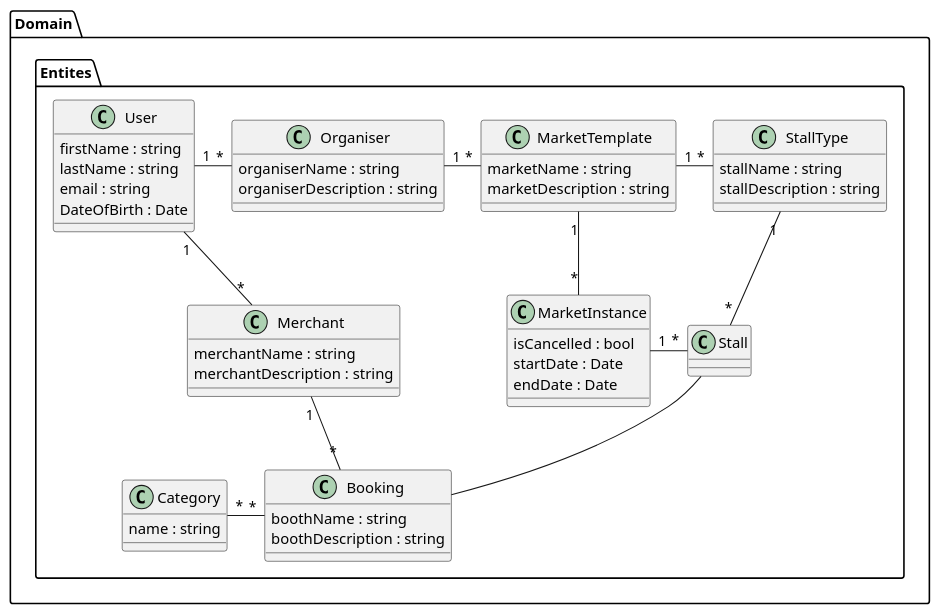
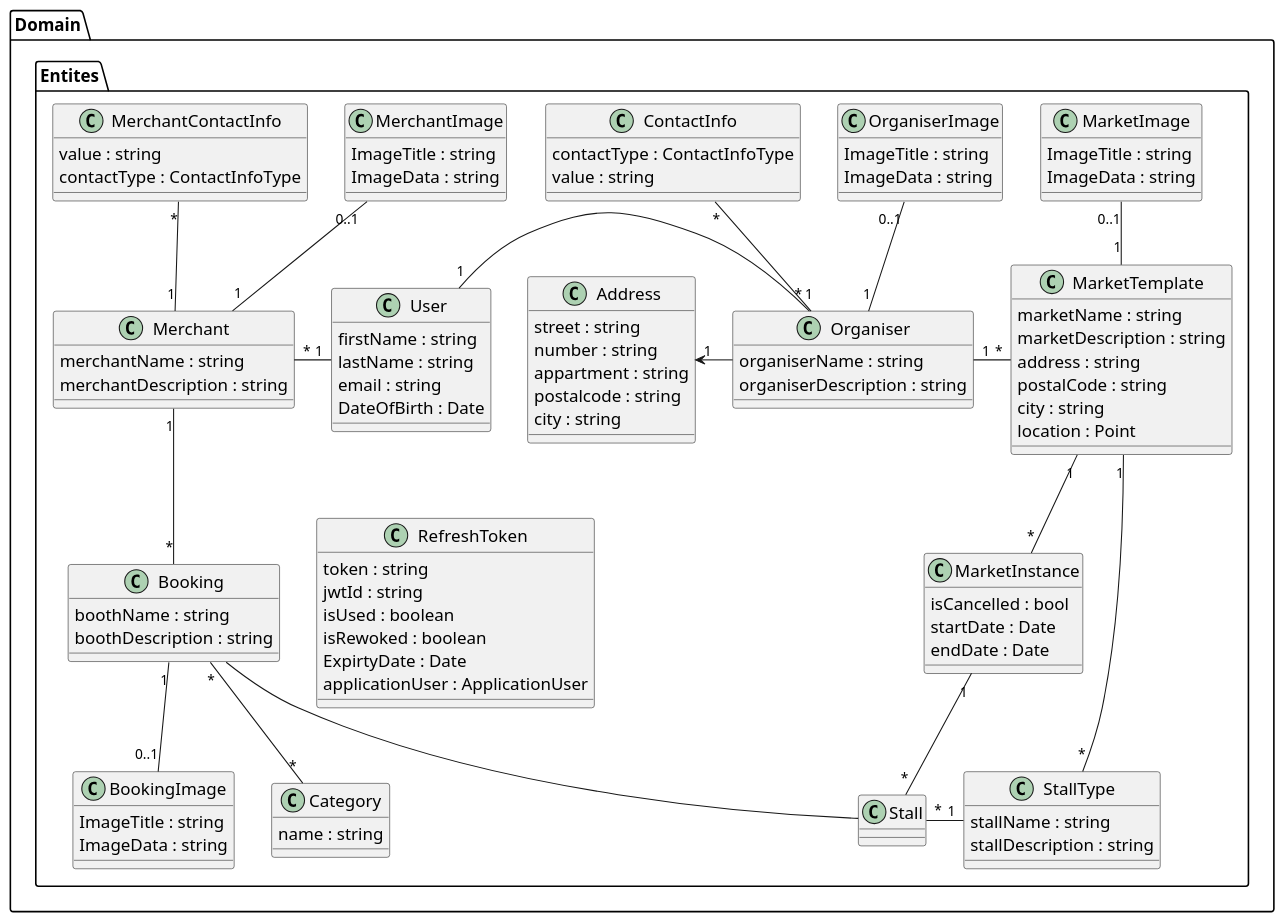
The diagram in docs/packageDiagrams/domain/entities.plantuml (JeppeTrip/LoppePortalen), drawn with PlantUML before and after one commit. The commit also changed 2 other files, not shown here.

```diff
--- a/docs/packageDiagrams/domain/entities.plantuml
+++ b/docs/packageDiagrams/domain/entities.plantuml
@@ -1,64 +1,131 @@
 @startuml
+skinparam ClassFontSize 16
+skinparam PackageFontSize 16
+skinparam ClassAttributeFontSize 16 
 package Domain {
     package Entites {
-        class Category{
-            name : string
+        class Address {
+            street : string
+            number : string
+            appartment : string
+            postalcode : string
+            city : string
         }
 
         class Booking{
             boothName : string
             boothDescription : string
+        }
+
+        class BookingImage {
+            ImageTitle : string
+            ImageData : string
+        }
+
+        class Category{
+            name : string
+        }
+
+        class ContactInfo {
+            contactType : ContactInfoType
+            value : string
+        }
+
+        class MarketImage {
+            ImageTitle : string
+            ImageData : string
         }
 
         class MarketInstance {
             isCancelled : bool
             startDate : Date
             endDate : Date
         }
 
         class MarketTemplate {
             marketName : string
             marketDescription : string
+            address : string
+            postalCode : string
+            city : string
+            location : Point
         }
 
         class Merchant {
             merchantName : string
             merchantDescription : string
         }
 
+        class MerchantContactInfo {
+            value : string
+            contactType : ContactInfoType
+        }
+
+        class MerchantImage {
+            ImageTitle : string
+            ImageData : string
+        }
+
         class Organiser {
             organiserName : string
             organiserDescription : string
+        }
+
+        class OrganiserImage {
+            ImageTitle : string
+            ImageData : string
+        }
+
+        class RefreshToken {
+            token : string
+            jwtId : string
+            isUsed : boolean
+            isRewoked : boolean
+            ExpirtyDate : Date
+            applicationUser : ApplicationUser
         }
 
         class Stall {
 
         }
 
         class StallType {
             stallName : string
             stallDescription : string
         }
 
         class User {
             firstName : string
             lastName : string
             email : string
             DateOfBirth : Date
         }
     }
 }
 
-Booking "*" -left- "*" Category
+Booking "*" -- "*" Category
+Booking "1" -- "0..1" BookingImage
+
 MarketInstance "*" -up- "1" MarketTemplate
 Merchant "1" -- "*" Booking
+Merchant "1" -up- "*" MerchantContactInfo
+Merchant "1" -up- "0..1" MerchantImage
+
+Organiser  -left-> "1" Address
 Organiser "1" -right- "*" MarketTemplate
-MarketInstance "1" -right- "*" Stall
-Stall -- Booking
-MarketTemplate "1" -right- "*" StallType
-Stall "*" -up- "1" StallType
+Organiser "1" -up- "*" ContactInfo
 
+MarketInstance "1" -down- "*" Stall
+Stall -left- Booking
+MarketTemplate "1" -down- "*" StallType
+MarketTemplate "1" -up- "0..1" MarketImage
+Stall "*" -right- "1" StallType
+
+Organiser "1" -up- "0..1" OrganiserImage
 User "1" -right- "*" Organiser
-User "1" -right- "*" Merchant
 
+Merchant "*" -right- "1" User
+
+Merchant -[hidden]down-> RefreshToken
+StallType -[hidden]left-> MarketInstance
 @enduml
```
